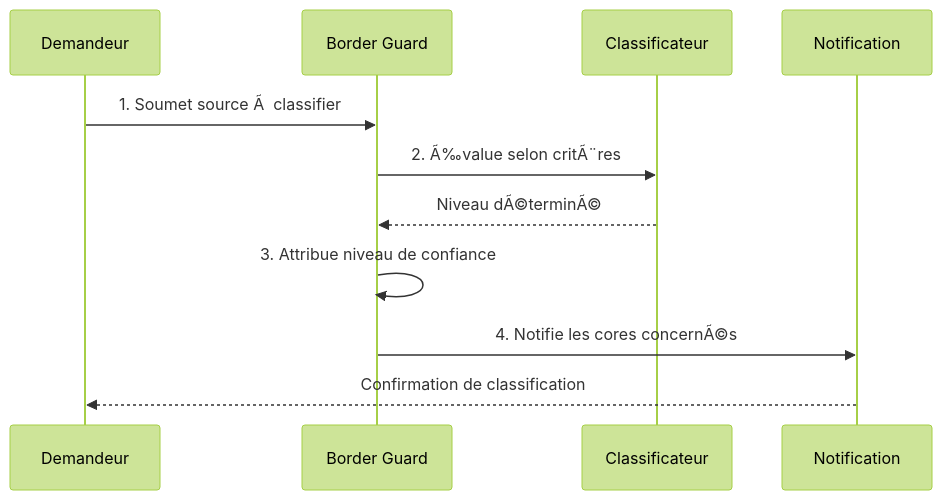
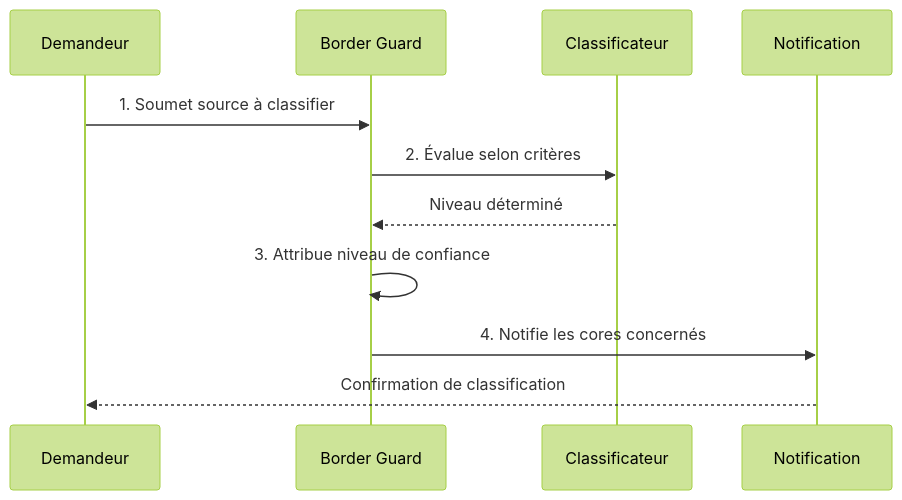
One commit to StudioMiyukini/miyukini_cog changed the third of 5 diagrams in docs/cores/BorderGuard/architecture/Border Guard - Architecture & Flows.md. Above: the diagram before and after it, drawn with Mermaid (forest theme). The commit also changed other lines of this file and 564 other files, not shown here.

````diff
--- a/docs/cores/BorderGuard/architecture/Border Guard - Architecture & Flows.md
+++ b/docs/cores/BorderGuard/architecture/Border Guard - Architecture & Flows.md
@@ -210,14 +210,14 @@
 ```mermaid
 sequenceDiagram
     participant Source as Demandeur
     participant BG as Border Guard
     participant Class as Classificateur
     participant Notif as Notification
 
-    Source->>BG: 1. Soumet source Ã  classifier
-    BG->>Class: 2. Ã‰value selon critÃ¨res
-    Class-->>BG: Niveau dÃ©terminÃ©
+    Source->>BG: 1. Soumet source à classifier
+    BG->>Class: 2. Évalue selon critères
+    Class-->>BG: Niveau déterminé
     BG->>BG: 3. Attribue niveau de confiance
-    BG->>Notif: 4. Notifie les cores concernÃ©s
+    BG->>Notif: 4. Notifie les cores concernés
     Notif-->>Source: Confirmation de classification
 ```
````
